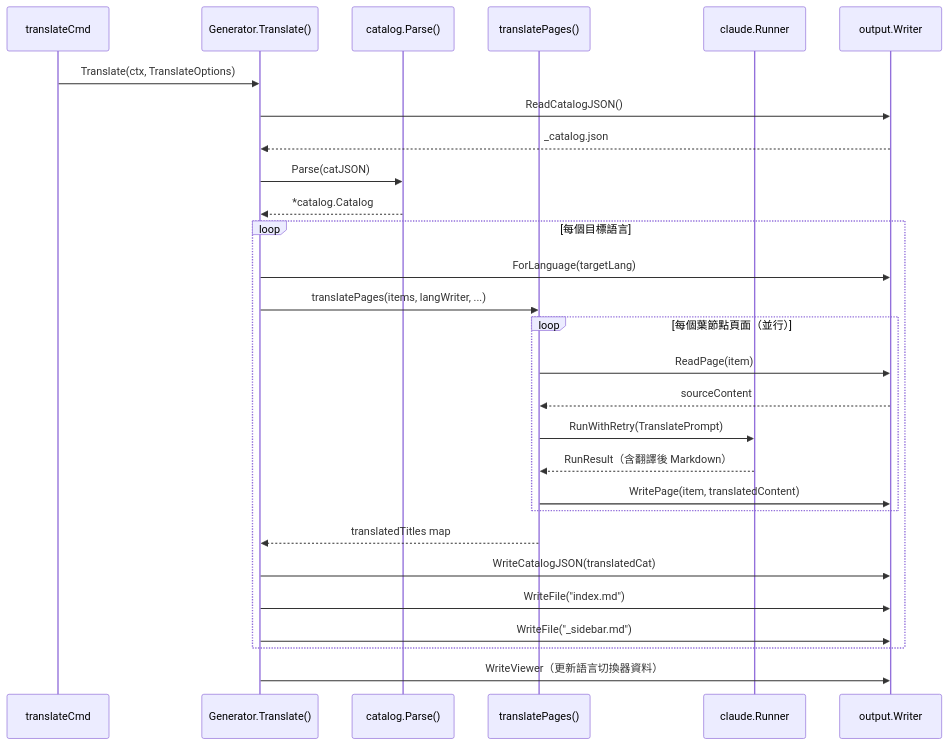
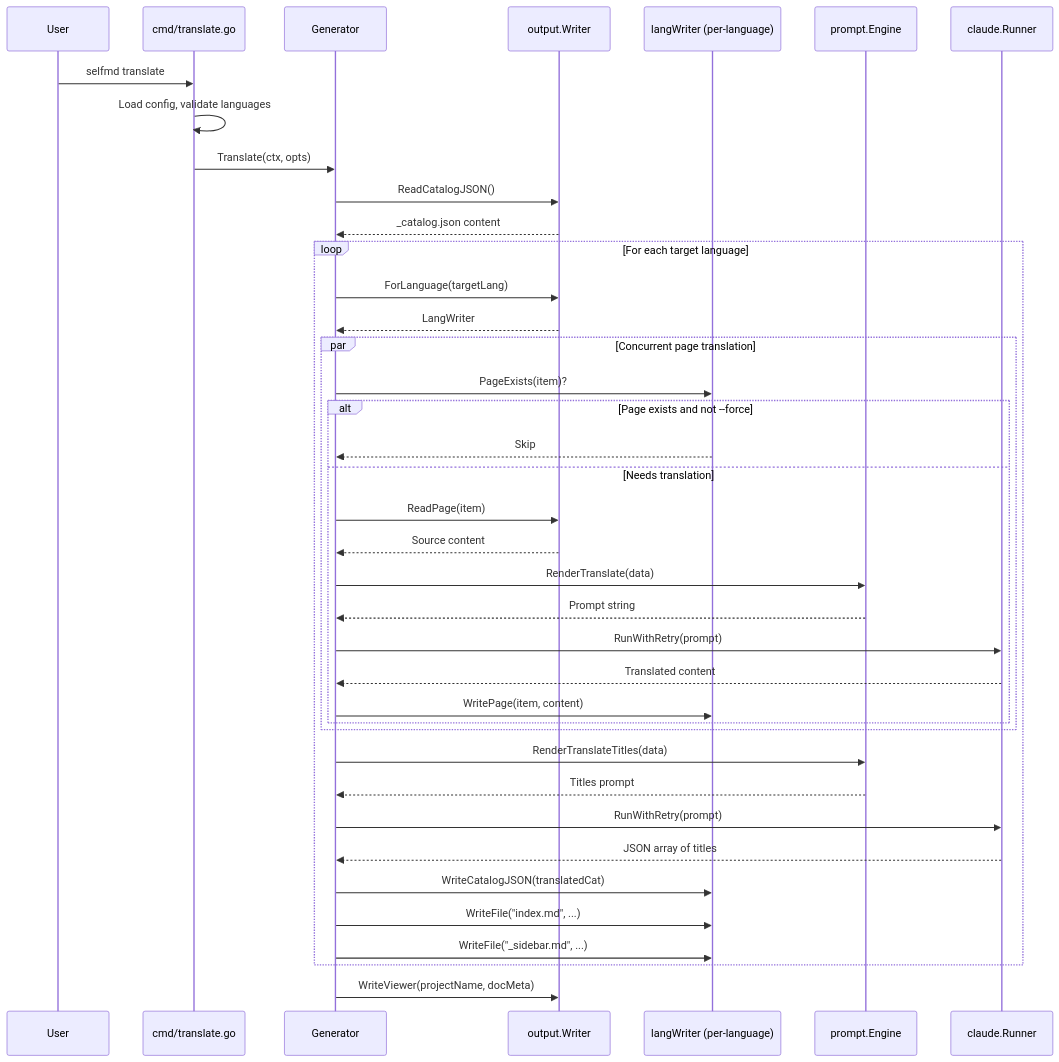
The second of 2 diagrams in docs/i18n/translation-workflow/index.md (monkenWu/selfmd-claude-code), drawn with Mermaid before and after one commit. The commit also changed other lines of this file and 145 other files, not shown here.

````diff
--- a/docs/i18n/translation-workflow/index.md
+++ b/docs/i18n/translation-workflow/index.md
@@ -128,33 +203,47 @@
 ```mermaid
 sequenceDiagram
-    participant CLI as translateCmd
-    participant Gen as Generator.Translate()
-    participant Catalog as catalog.Parse()
-    participant Pages as translatePages()
+    participant User
+    participant CLI as cmd/translate.go
+    participant Gen as Generator
+    participant Writer as output.Writer
+    participant LangWriter as langWriter (per-language)
+    participant Engine as prompt.Engine
     participant Claude as claude.Runner
-    participant Writer as output.Writer
 
-    CLI->>Gen: Translate(ctx, TranslateOptions)
+    User->>CLI: selfmd translate
+    CLI->>CLI: Load config, validate languages
+    CLI->>Gen: Translate(ctx, opts)
     Gen->>Writer: ReadCatalogJSON()
-    Writer-->>Gen: _catalog.json
-    Gen->>Catalog: Parse(catJSON)
-    Catalog-->>Gen: *catalog.Catalog
+    Writer-->>Gen: _catalog.json content
 
-    loop 每個目標語言
+    loop For each target language
         Gen->>Writer: ForLanguage(targetLang)
-        Gen->>Pages: translatePages(items, langWriter, ...)
-        loop 每個葉節點頁面（並行）
-            Pages->>Writer: ReadPage(item)
-            Writer-->>Pages: sourceContent
-            Pages->>Claude: RunWithRetry(TranslatePrompt)
-            Claude-->>Pages: RunResult（含翻譯後 Markdown）
-            Pages->>Writer: WritePage(item, translatedContent)
+        Writer-->>Gen: LangWriter
+
+        par Concurrent page translation
+            Gen->>LangWriter: PageExists(item)?
+            alt Page exists and not --force
+                LangWriter-->>Gen: Skip
+            else Needs translation
+                Gen->>Writer: ReadPage(item)
+                Writer-->>Gen: Source content
+                Gen->>Engine: RenderTranslate(data)
+                Engine-->>Gen: Prompt string
+                Gen->>Claude: RunWithRetry(prompt)
+                Claude-->>Gen: Translated content
+                Gen->>LangWriter: WritePage(item, content)
+            end
         end
-        Pages-->>Gen: translatedTitles map
-        Gen->>Writer: WriteCatalogJSON(translatedCat)
-        Gen->>Writer: WriteFile("index.md")
-        Gen->>Writer: WriteFile("_sidebar.md")
+
+        Gen->>Engine: RenderTranslateTitles(data)
+        Engine-->>Gen: Titles prompt
+        Gen->>Claude: RunWithRetry(prompt)
+        Claude-->>Gen: JSON array of titles
+
+        Gen->>LangWriter: WriteCatalogJSON(translatedCat)
+        Gen->>LangWriter: WriteFile("index.md", ...)
+        Gen->>LangWriter: WriteFile("_sidebar.md", ...)
     end
 
-    Gen->>Writer: WriteViewer（更新語言切換器資料）
+    Gen->>Writer: WriteViewer(projectName, docMeta)
 ```
````
